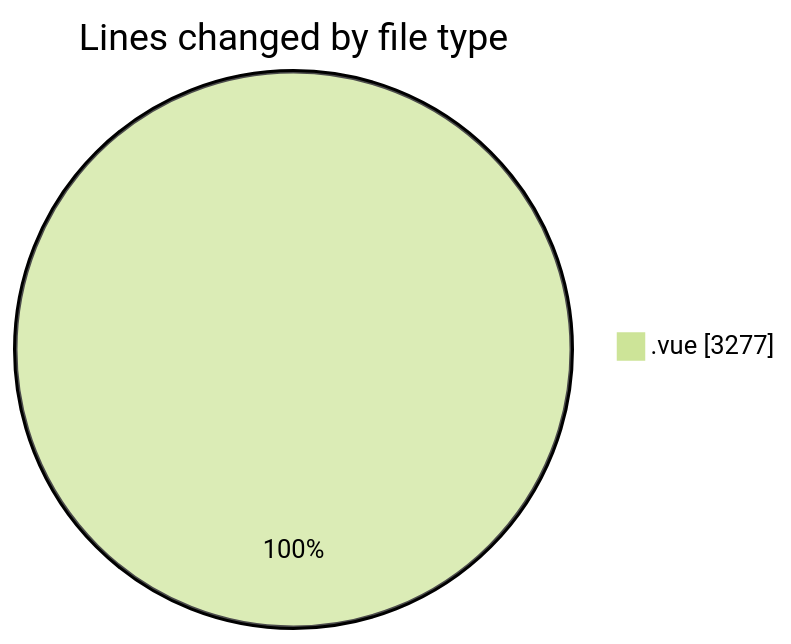
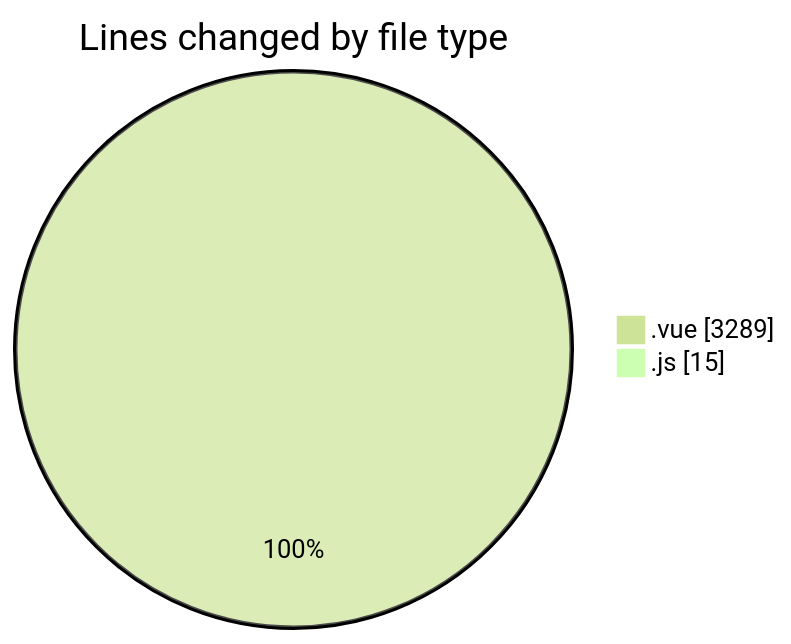
Before and after one commit to robertbonfada/code-tracking: the first of 2 diagrams in 2025-03-14/lumine-web/README.md, drawn with Mermaid (forest theme). The commit also changed other lines of this file and 1 other file, not shown here.

````diff
--- a/2025-03-14/lumine-web/README.md
+++ b/2025-03-14/lumine-web/README.md
@@ -31,5 +32,6 @@
 ```mermaid
 pie showData
 title Lines changed by file type
-".vue" : 3277
+".vue" : 3289
+".js" : 15
 ```
````
